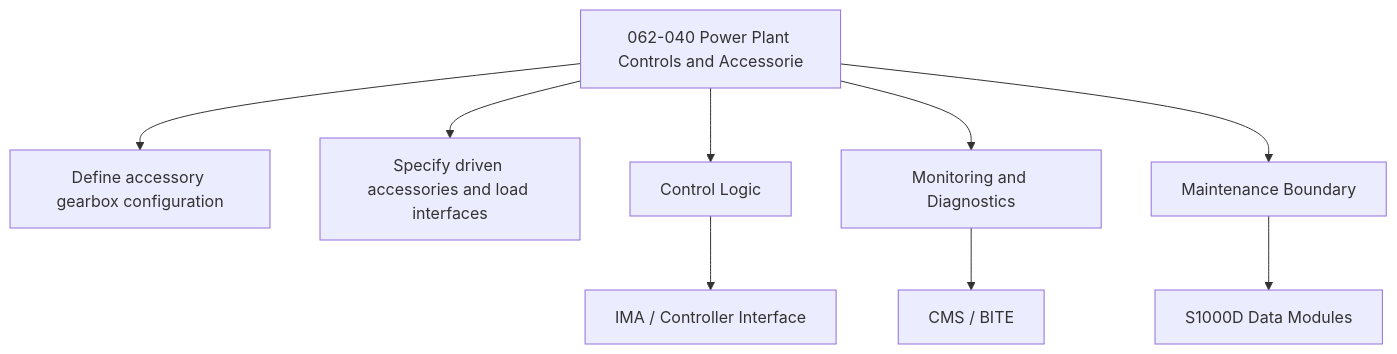
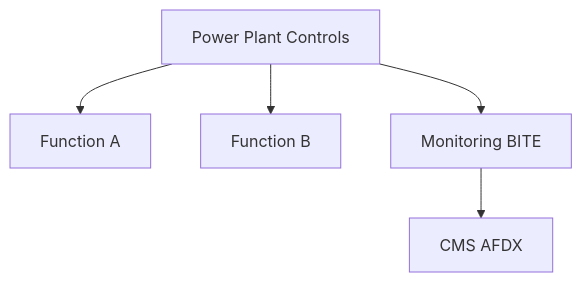
One commit to AmedeoPelliccia/Qplus-For-All-Queer-People-and-Quantum changed the second of 2 diagrams in Q+ATLANTIDE/000-099_ATLAS/060-069_Propulsion-Tradicional/062_Power-Plant/062-040-Power-Plant-Controls-and-Accessories.md. Above: the diagram before and after it, drawn with Mermaid. The commit also changed other lines of this file and 74 other files, not shown here.

````diff
--- a/Q+ATLANTIDE/000-099_ATLAS/060-069_Propulsion-Tradicional/062_Power-Plant/062-040-Power-Plant-Controls-and-Accessories.md
+++ b/Q+ATLANTIDE/000-099_ATLAS/060-069_Propulsion-Tradicional/062_Power-Plant/062-040-Power-Plant-Controls-and-Accessories.md
@@ -172,11 +96,7 @@
 ```mermaid
 flowchart TB
-    SYS[062-040 Power Plant Controls and Accessorie] --> F1[Define accessory gearbox configuration]
-    SYS --> F2[Specify driven accessories and load interfaces]
-    SYS --> CTRL[Control Logic]
-    SYS --> MON[Monitoring and Diagnostics]
-    SYS --> MAINT[Maintenance Boundary]
-    CTRL --> IMA[IMA / Controller Interface]
-    MON --> CMS[CMS / BITE]
-    MAINT --> CSDB[S1000D Data Modules]
+    SYS[Power Plant Controls] --> F1[Function A]
+    SYS --> F2[Function B]
+    SYS --> MON[Monitoring BITE]
+    MON --> CMS[CMS AFDX]
 ```
````
